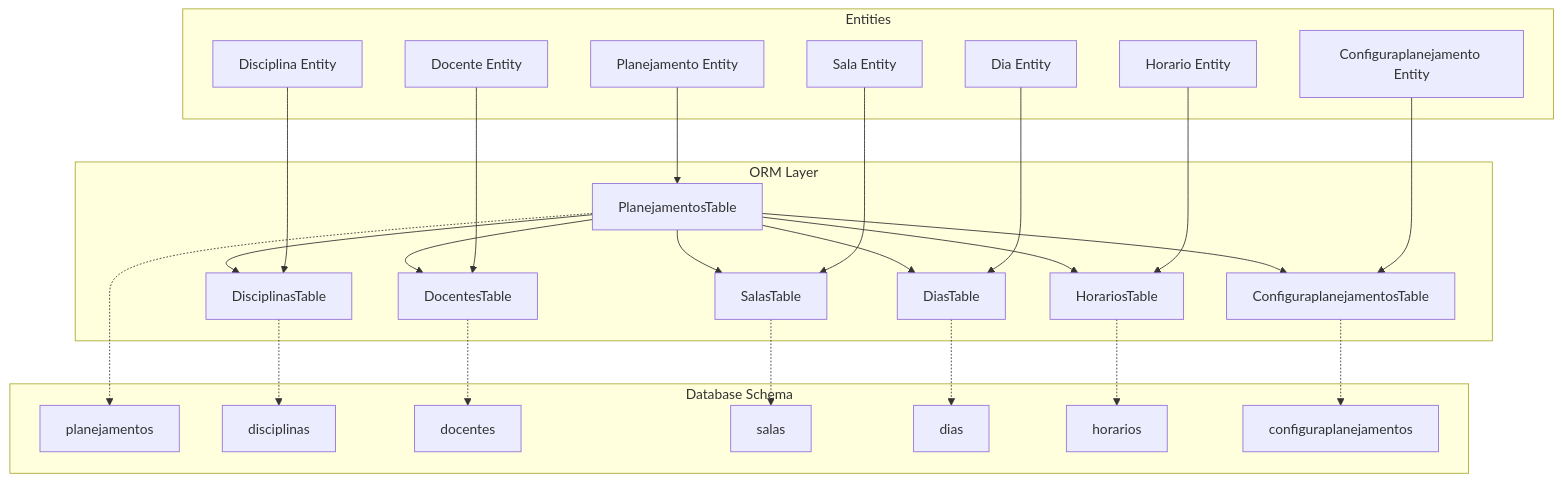
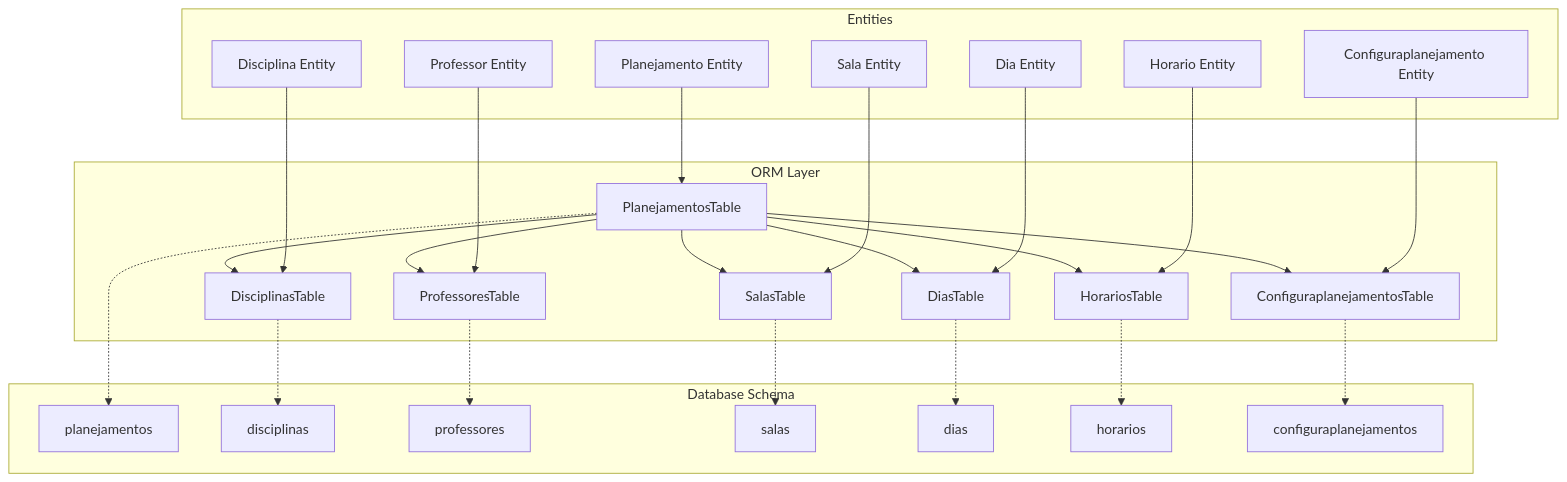
One commit to luiseduacosta/planejamento5 changed the first of 5 diagrams in .qoder/repowiki/en/content/Core Features/Academic Planning Management/Data Relationships and Entity Mapping.md. Above: the diagram before and after it, drawn with Mermaid. The commit also changed other lines of this file and 37 other files, not shown here.

Commit message:
repowiki: rename Docentes → Professores in metadata

````diff
--- a/.qoder/repowiki/en/content/Core Features/Academic Planning Management/Data Relationships and Entity Mapping.md
+++ b/.qoder/repowiki/en/content/Core Features/Academic Planning Management/Data Relationships and Entity Mapping.md
@@ -38,50 +38,50 @@
 ```mermaid
 graph TB
 subgraph "ORM Layer"
 P["PlanejamentosTable"]
 D["DisciplinasTable"]
-T["DocentesTable"]
+T["ProfessoresTable"]
 S["SalasTable"]
 DI["DiasTable"]
 H["HorariosTable"]
 C["ConfiguraplanejamentosTable"]
 end
 subgraph "Entities"
 PE["Planejamento Entity"]
 DE["Disciplina Entity"]
-TE["Docente Entity"]
+TE["Professor Entity"]
 SE["Sala Entity"]
 DIE["Dia Entity"]
 HE["Horario Entity"]
 CE["Configuraplanejamento Entity"]
 end
 subgraph "Database Schema"
 DBP["planejamentos"]
 DBD["disciplinas"]
-DBT["docentes"]
+DBT["professores"]
 DBS["salas"]
 DBDI["dias"]
 DBH["horarios"]
 DBC["configuraplanejamentos"]
 end
 P --> D
 P --> T
 P --> S
 P --> DI
 P --> H
 P --> C
 PE --> P
 DE --> D
 TE --> T
 SE --> S
 DIE --> DI
 HE --> H
 CE --> C
 P -.-> DBP
 D -.-> DBD
 T -.-> DBT
 S -.-> DBS
 DI -.-> DBDI
 H -.-> DBH
 C -.-> DBC
 ```
````
